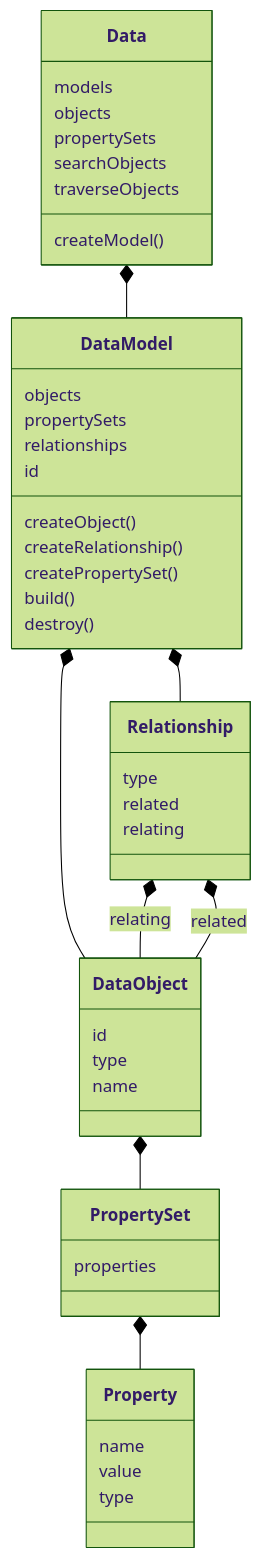
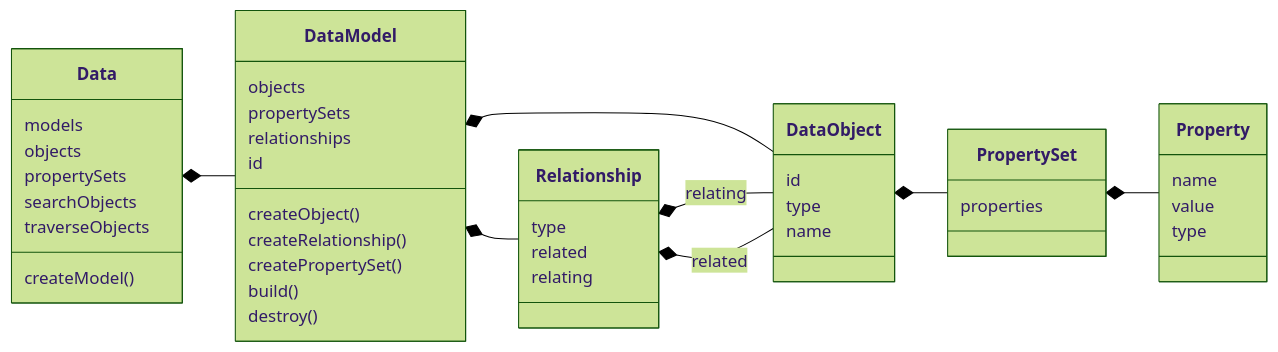
The second of 3 diagrams in README.md (xeokit/sdk), drawn with Mermaid (forest theme) before and after one commit. The commit also changed other lines of this file, not shown here.

````diff
--- a/README.md
+++ b/README.md
@@ -83,35 +84,36 @@
 ```mermaid
 classDiagram
+direction LR
     Data *-- DataModel
     Data : createModel()
     Data : models
     Data : objects
     Data : propertySets
     DataModel *-- DataObject
     DataObject *-- PropertySet
     DataObject : id
     DataObject : type
     DataObject : name
     PropertySet *-- Property
     PropertySet : properties
     Property : name
     Property : value
     Property : type
     Relationship *-- DataObject : relating
     Relationship *-- DataObject : related
     Relationship : type
     Relationship : related
     Relationship : relating
     DataModel *-- Relationship
     DataModel : createObject()
     DataModel : createRelationship()
     DataModel : createPropertySet()
     DataModel : objects
     DataModel : propertySets
     DataModel : relationships
     DataModel : build()
     DataModel : destroy()
     Data : searchObjects
     Data : traverseObjects
     DataModel : id
 ```
````
